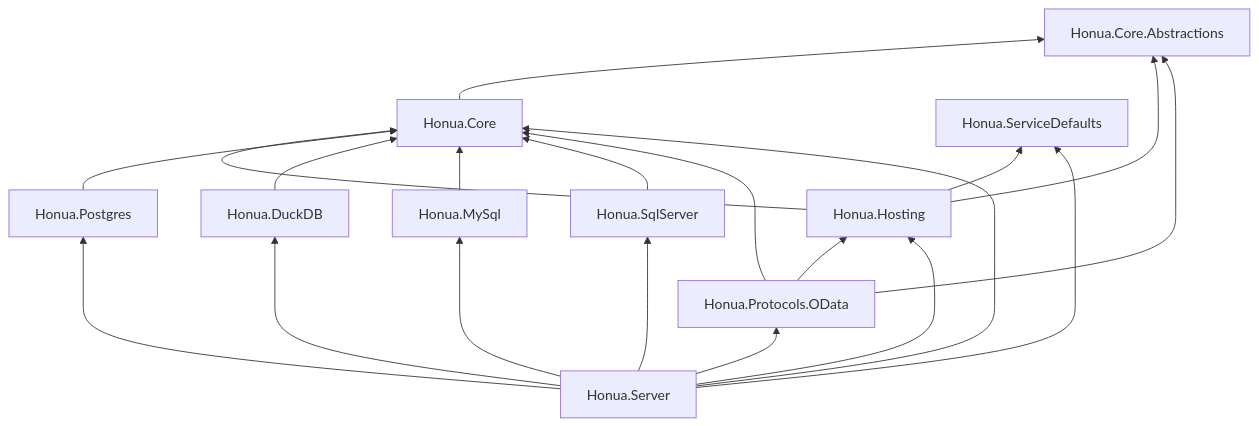
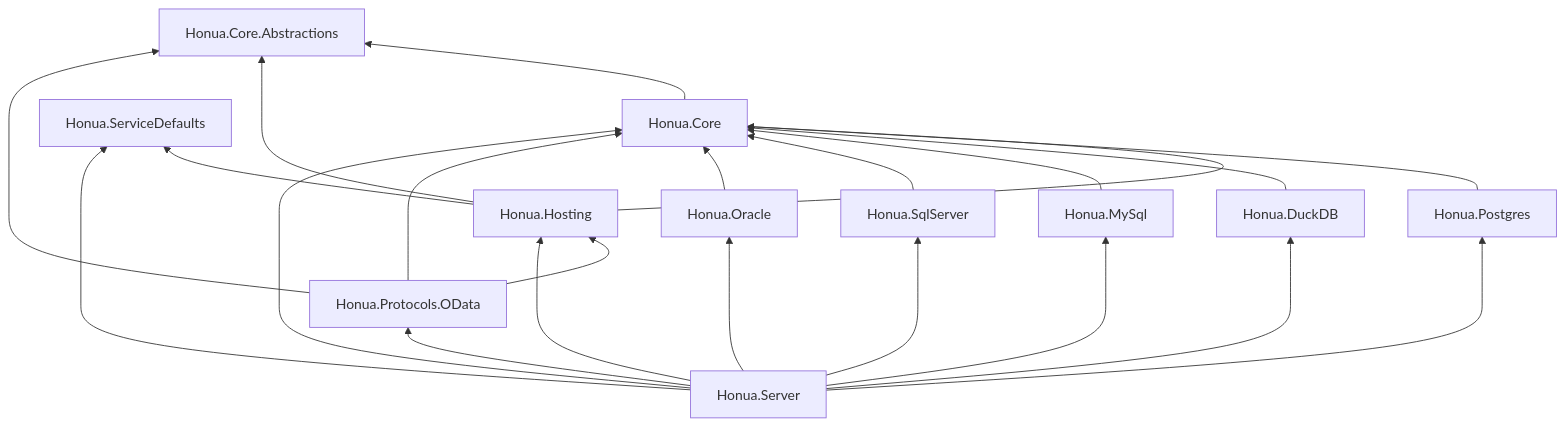
Before and after one commit to honua-io/honua-server: the diagram in docs/contributor/architecture-overview.md, drawn with Mermaid. The commit also changed other lines of this file and 6 other files, not shown here.

````diff
--- a/docs/contributor/architecture-overview.md
+++ b/docs/contributor/architecture-overview.md
@@ -55,33 +55,36 @@
 ```mermaid
 graph BT
     Abstractions[Honua.Core.Abstractions]
     Core[Honua.Core]
     Hosting[Honua.Hosting]
     ServiceDefaults[Honua.ServiceDefaults]
     Postgres[Honua.Postgres]
     DuckDB[Honua.DuckDB]
     MySql[Honua.MySql]
     SqlServer[Honua.SqlServer]
+    Oracle[Honua.Oracle]
     Protocols[Honua.Protocols.OData]
     Server[Honua.Server]
 
     Core --> Abstractions
     Hosting --> Abstractions
     Hosting --> Core
     Hosting --> ServiceDefaults
     Postgres --> Core
     DuckDB --> Core
     MySql --> Core
     SqlServer --> Core
+    Oracle --> Core
     Protocols --> Abstractions
     Protocols --> Core
     Protocols --> Hosting
     Server --> Core
     Server --> Hosting
     Server --> ServiceDefaults
     Server --> Postgres
     Server --> DuckDB
     Server --> MySql
     Server --> SqlServer
+    Server --> Oracle
     Server --> Protocols
 ```
````
